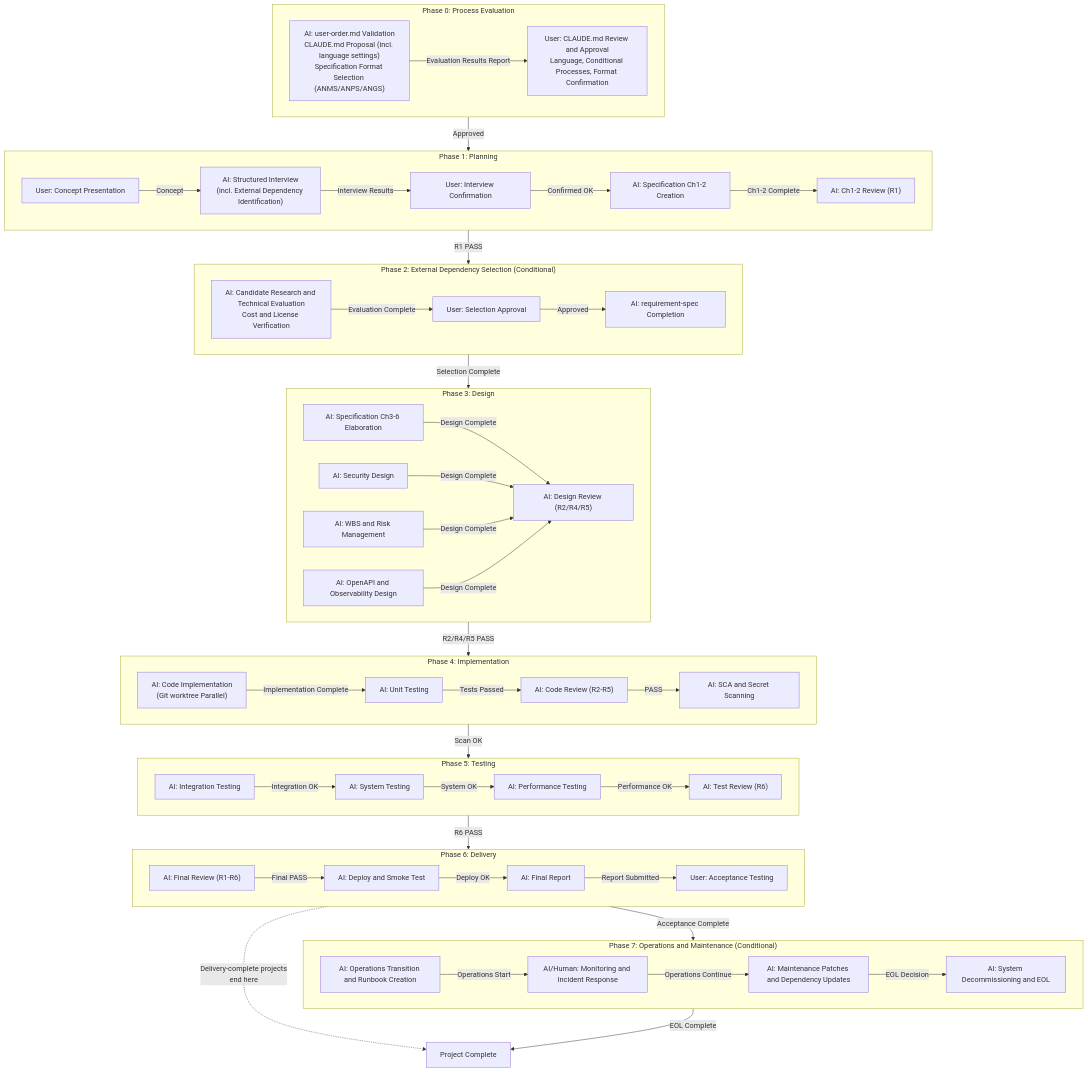
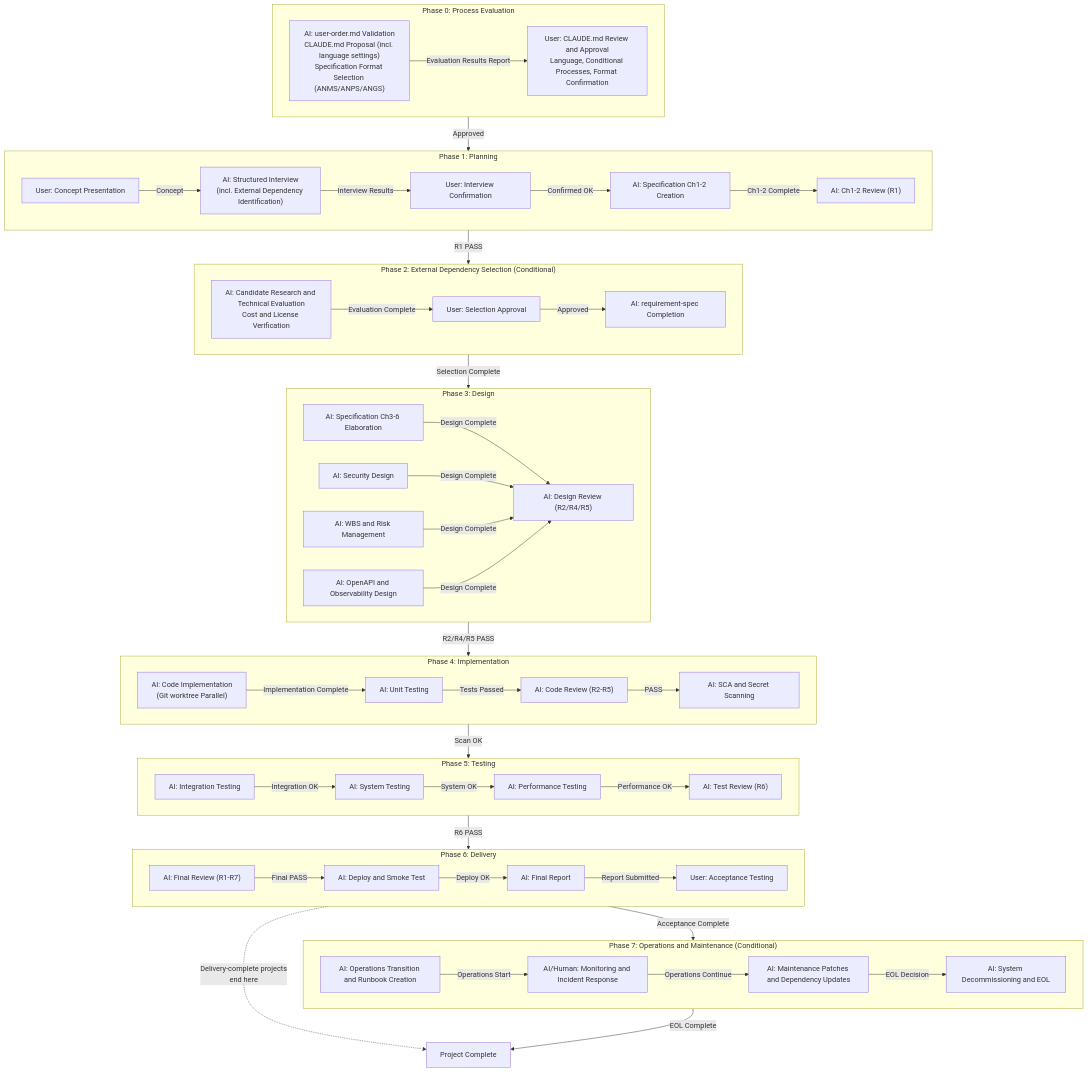
Before and after one commit to GoodRelax/gr-sw-maker: the second of 12 diagrams in framework-src/en/process-rules/full-auto-dev-process-rules.md, drawn with Mermaid. The commit also changed other lines of this file and 24 other files, not shown here.

```diff
--- a/framework-src/en/process-rules/full-auto-dev-process-rules.md
+++ b/framework-src/en/process-rules/full-auto-dev-process-rules.md
@@ -304,7 +304,7 @@
     end
 
     subgraph Phase6["Phase 6: Delivery"]
-        P6A["AI: Final Review (R1-R6)"]
+        P6A["AI: Final Review (R1-R7)"]
         P6B["AI: Deploy and Smoke Test"]
         P6C["AI: Final Report"]
         P6D["User: Acceptance Testing"]
```
